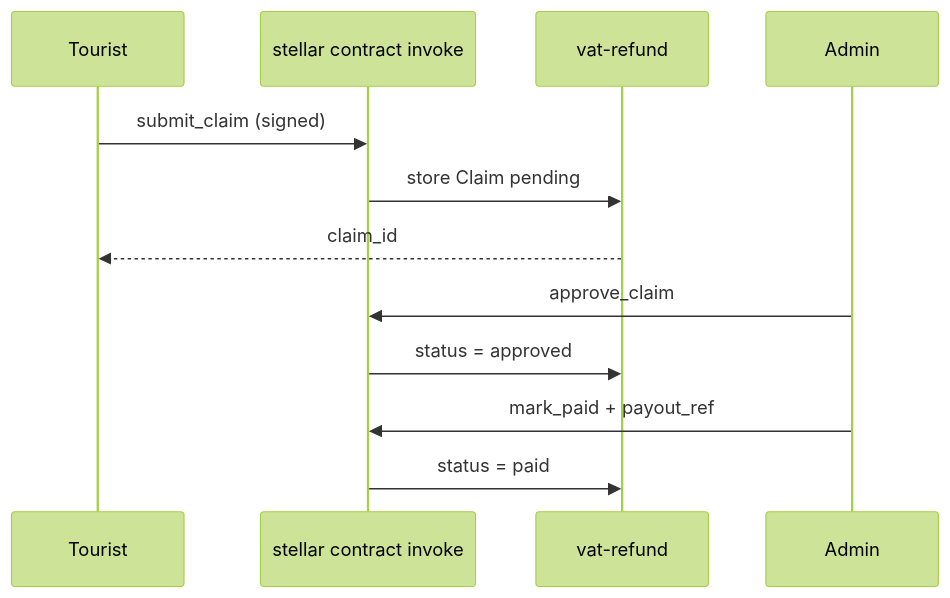
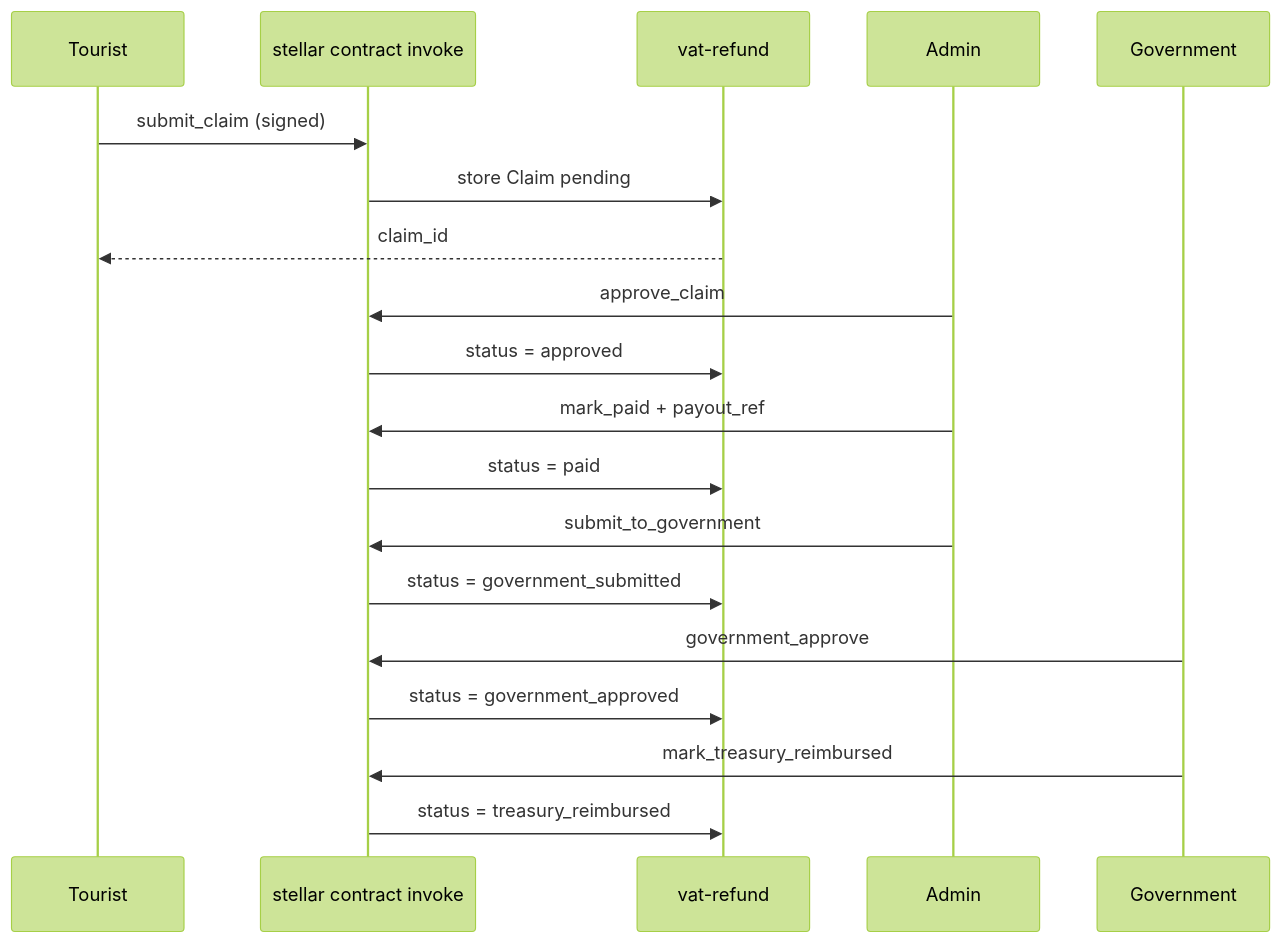
The fourth of 4 diagrams in contracts/README.md (AmaanSayyad/Gemetra-XLM), drawn with Mermaid (forest theme) before and after one commit. The commit also changed other lines of this file and 28 other files, not shown here.

````diff
--- a/contracts/README.md
+++ b/contracts/README.md
@@ -59,17 +83,27 @@
 ```mermaid
 sequenceDiagram
     participant Tourist
     participant CLI as stellar contract invoke
     participant SC as vat-refund
     participant Admin
+    participant Gov as Government
 
     Tourist->>CLI: submit_claim (signed)
     CLI->>SC: store Claim pending
     SC-->>Tourist: claim_id
 
     Admin->>CLI: approve_claim
     CLI->>SC: status = approved
 
     Admin->>CLI: mark_paid + payout_ref
     CLI->>SC: status = paid
+
+    Admin->>CLI: submit_to_government
+    CLI->>SC: status = government_submitted
+
+    Gov->>CLI: government_approve
+    CLI->>SC: status = government_approved
+
+    Gov->>CLI: mark_treasury_reimbursed
+    CLI->>SC: status = treasury_reimbursed
 ```
````
